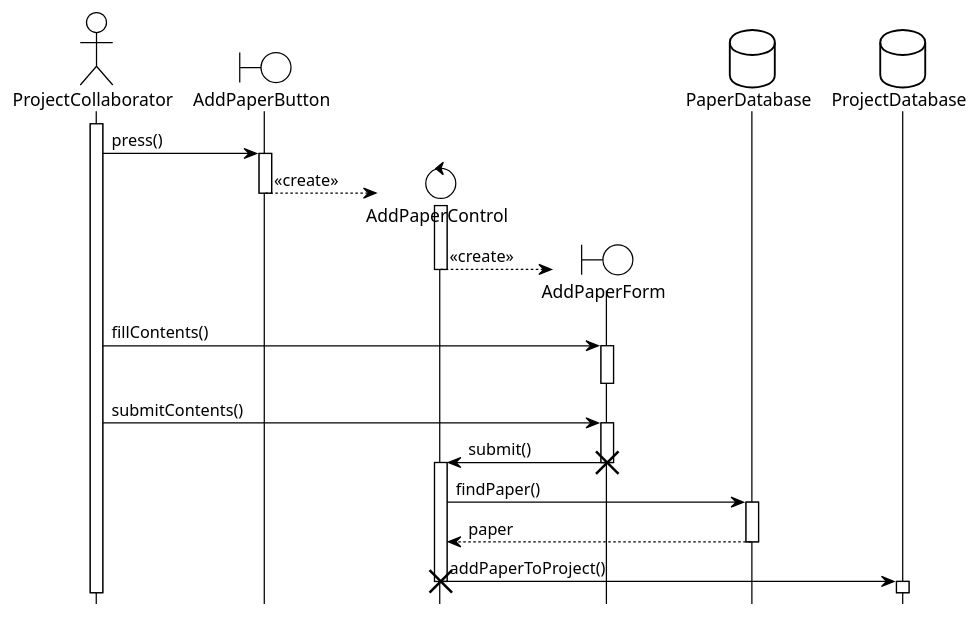
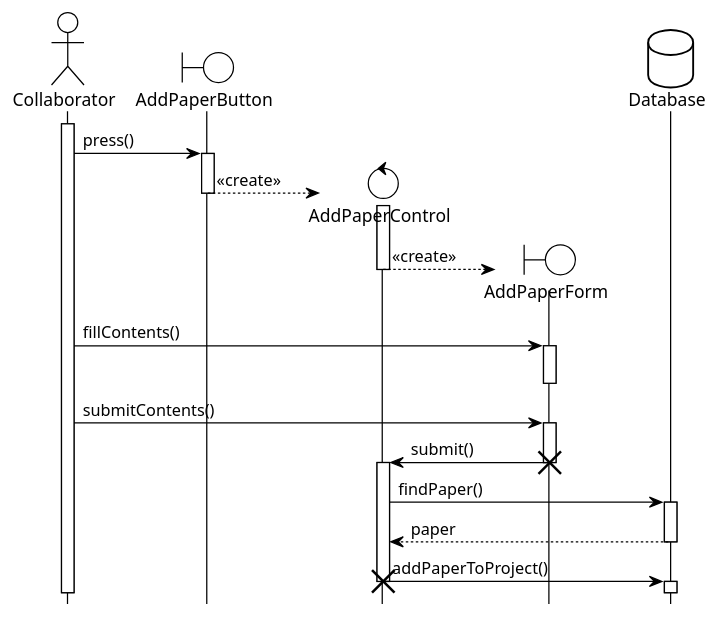
The diagram in Use case sequence diagrams/AddPaperToProject.puml (BlueMango10/Project-uml), drawn with PlantUML before and after one commit. The commit also changed 22 other files, not shown here.

Commit message:
redfined sequence diagrams and use case

```diff
--- a/Use case sequence diagrams/AddPaperToProject.puml
+++ b/Use case sequence diagrams/AddPaperToProject.puml
@@ -1,45 +1,44 @@
 @startuml AddPaperToProject
 !theme plain
 hide footbox
-actor ProjectCollaborator as pc
+actor Collaborator as pc
 boundary AddPaperButton as apb
 control AddPaperControl as apc
 boundary AddPaperForm as apf
-database PaperDatabase as pd
-database ProjectDatabase as pd2
+database Database as pd
 
 activate pc
 
 pc -> apb : press()
 activate apb
 
 create apc
 apb --> apc : <<create>>
 deactivate apb
 activate apc
 
 create apf
 apc --> apf : <<create>>
 deactivate apc
 
 pc -> apf : fillContents()
 activate apf
 deactivate apf
 
 pc -> apf : submitContents()
 activate apf
 
 apf -> apc : submit()
 destroy apf
 activate apc
 
 apc -> pd : findPaper()
 activate pd
 pd --> apc : paper
 deactivate pd
 
-apc -> pd2 : addPaperToProject()
+apc -> pd : addPaperToProject()
 destroy apc
-activate pd2
-deactivate pd2
+activate pd
+deactivate pd
 @enduml
```
